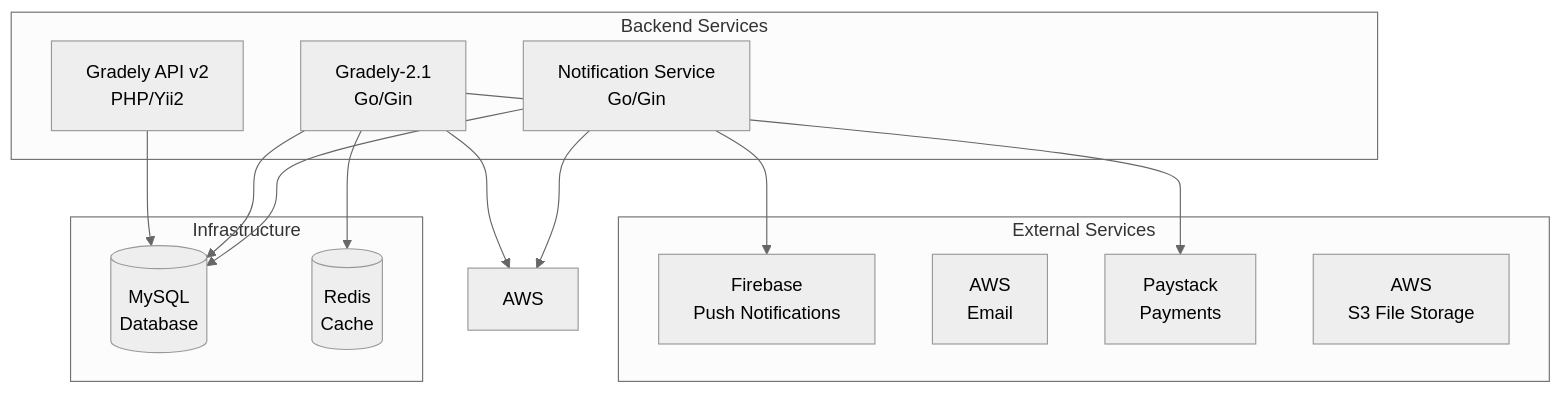
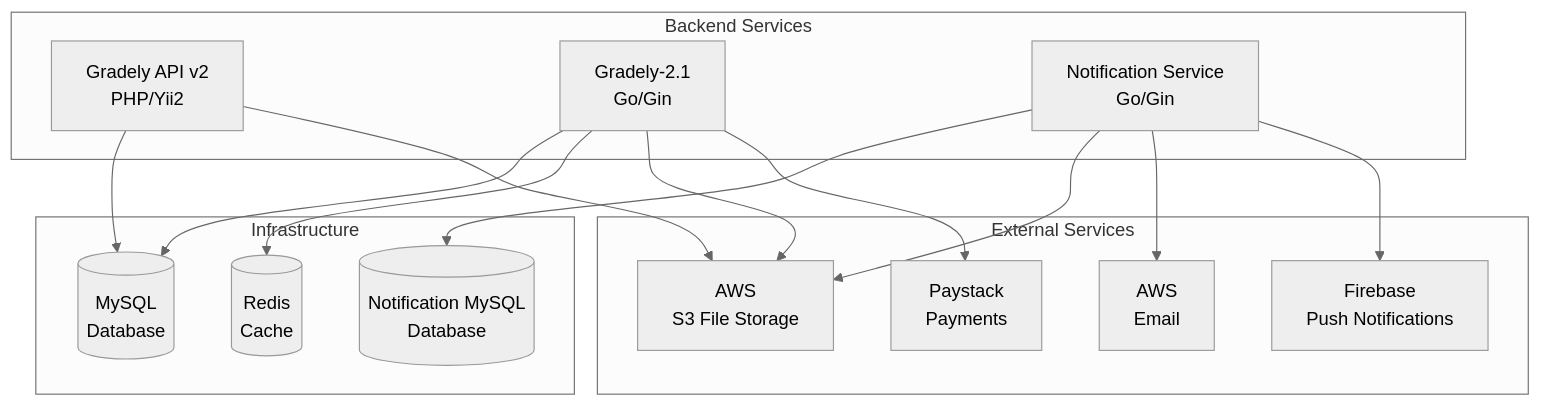
One commit to gradely/project-docs changed the diagram in README.md. Above: the diagram before and after it, drawn with Mermaid (neutral theme).

````diff
--- a/README.md
+++ b/README.md
@@ -9,30 +9,32 @@
 ```mermaid
 graph TB
     subgraph "Backend Services"
         API[Gradely API v2<br/>PHP/Yii2]
         MAIN[Gradely-2.1<br/>Go/Gin]
         NOTIF[Notification Service<br/>Go/Gin]
     end
 
     subgraph "External Services"
         FIREBASE[Firebase<br/>Push Notifications]
         AWS_EMAIL[AWS<br/>Email]
         PAYSTACK[Paystack<br/>Payments]
         AWS_S3[AWS<br/>S3 File Storage]
-
     end
 
     subgraph "Infrastructure"
         MYSQL[(MySQL<br/>Database)]
+        NOTIF_MYSQL[(Notification MySQL<br/>Database)]
         REDIS[(Redis<br/>Cache)]
     end
 
     API --> MYSQL
     MAIN --> MYSQL
-    NOTIF --> MYSQL
+    NOTIF --> NOTIF_MYSQL
     MAIN --> REDIS
+    MAIN --> AWS_S3
+    API --> AWS_S3
+    NOTIF --> AWS_S3
+    NOTIF --> AWS_EMAIL
     NOTIF --> FIREBASE
     MAIN --> PAYSTACK
-    MAIN --> AWS
-    NOTIF --> AWS
 ```
````
